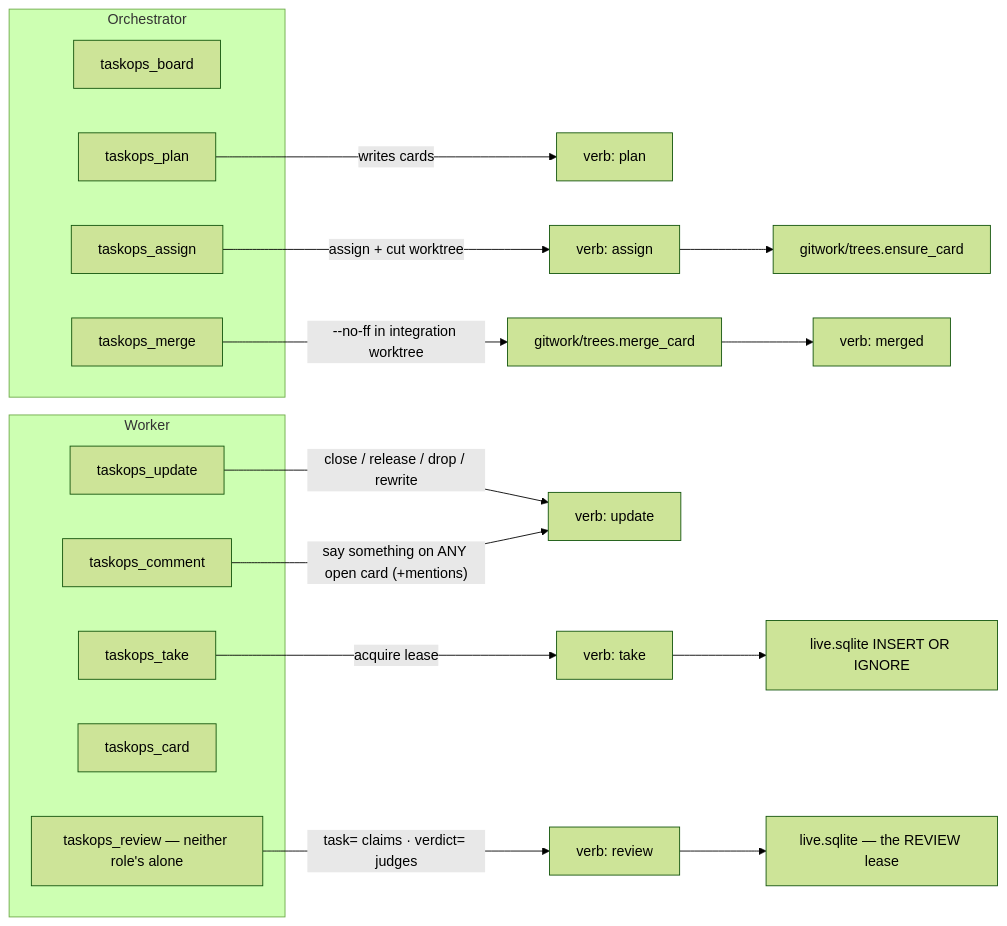
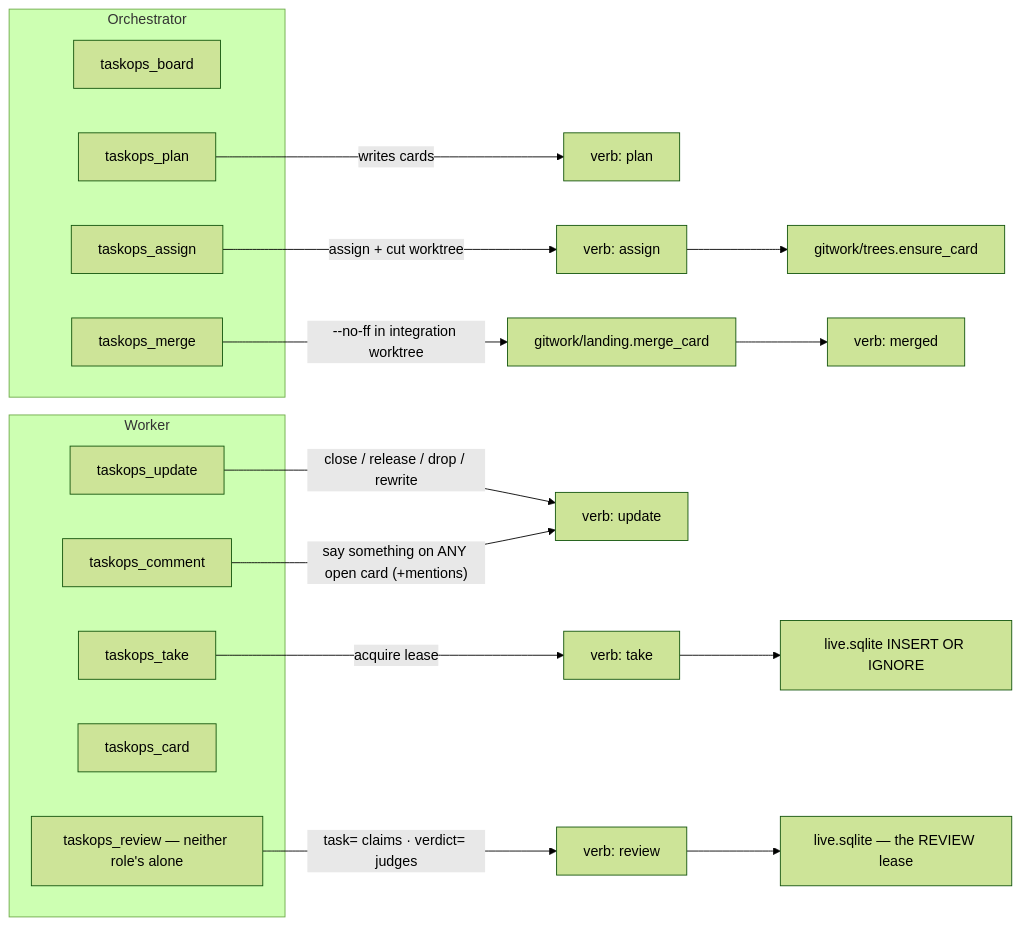
One commit to bernatch22/taskops changed the fifth of 8 diagrams in ARCHITECTURE.md. Above: the diagram before and after it, drawn with Mermaid (forest theme). The commit also changed other lines of this file and 33 other files, not shown here.

````diff
--- a/ARCHITECTURE.md
+++ b/ARCHITECTURE.md
@@ -584,23 +618,23 @@
 ```mermaid
 flowchart LR
     subgraph Orchestrator
         board_o["taskops_board"]
         plan_t["taskops_plan"]
         dispatch_t["taskops_assign"]
         merge_t["taskops_merge"]
     end
     subgraph Worker
         take_t["taskops_take"]
         update_t["taskops_update"]
         comment_t["taskops_comment"]
         card_t["taskops_card"]
         review_t["taskops_review — neither role's alone"]
     end
     plan_t -->|"writes cards"| verbP["verb: plan"]
     dispatch_t -->|"assign + cut worktree"| verbA["verb: assign"] --> gitA["gitwork/trees.ensure_card"]
     take_t -->|"acquire lease"| verbT["verb: take"] --> liveT["live.sqlite INSERT OR IGNORE"]
     update_t -->|"close / release / drop / rewrite"| verbU["verb: update"]
     comment_t -->|"say something on ANY open card (+mentions)"| verbU
     review_t -->|"task= claims · verdict= judges"| verbR["verb: review"] --> liveR["live.sqlite — the REVIEW lease"]
-    merge_t -->|"--no-ff in integration worktree"| gitM["gitwork/trees.merge_card"] --> verbM["verb: merged"]
+    merge_t -->|"--no-ff in integration worktree"| gitM["gitwork/landing.merge_card"] --> verbM["verb: merged"]
 ```
````
